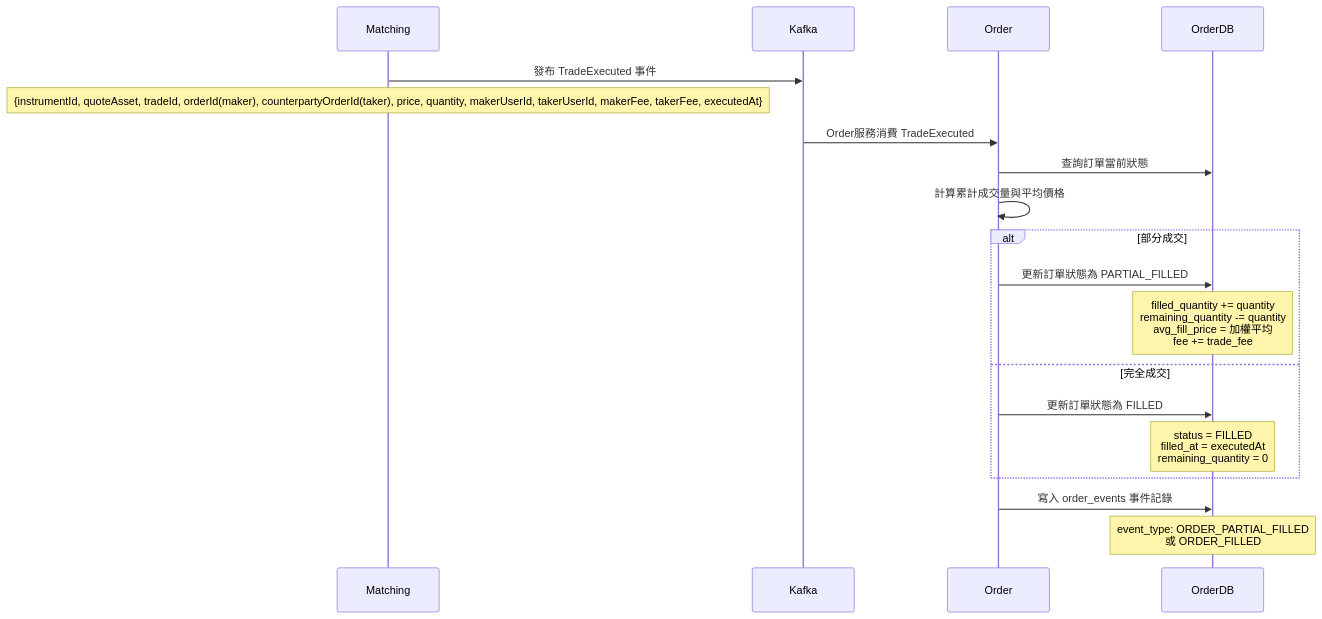
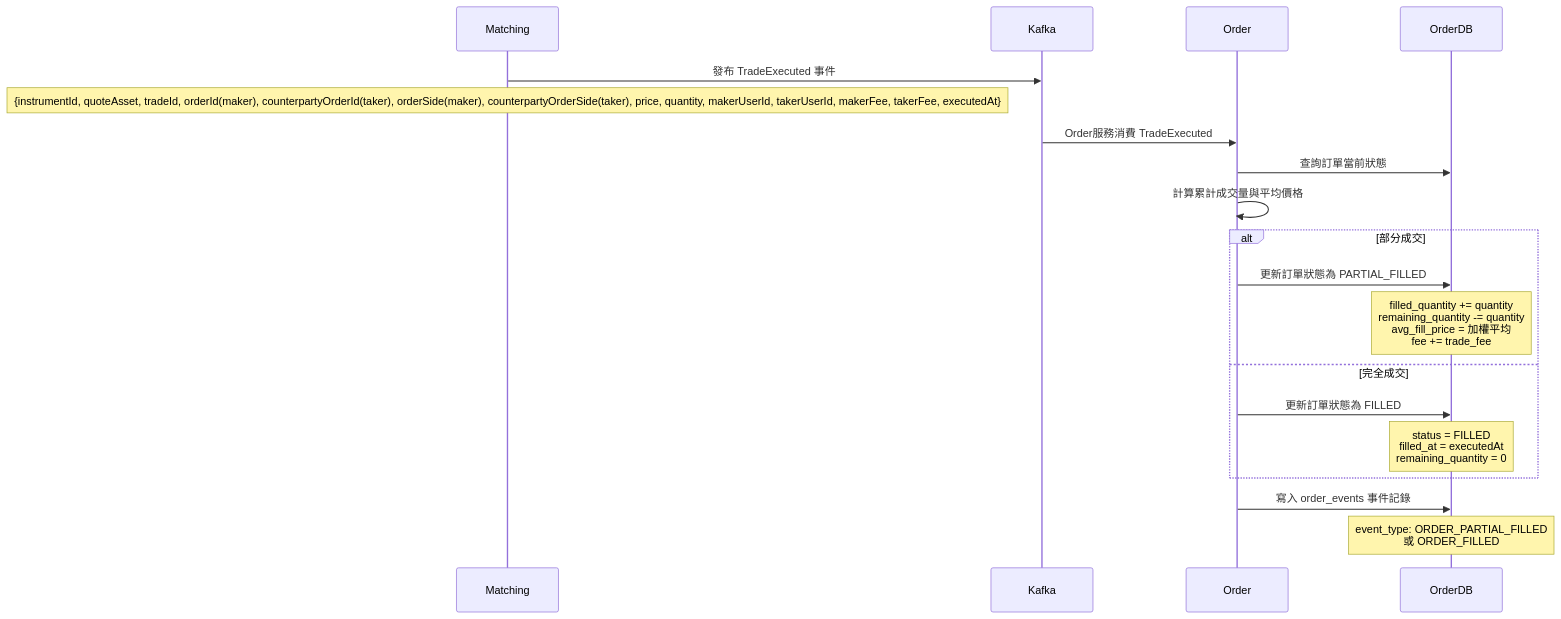
The fourth of 5 diagrams in design/exchange/整體設計.md (vincentf13/open.vincentf13), drawn with Mermaid before and after one commit. The commit also changed other lines of this file and 1 other file, not shown here.

````diff
--- a/design/exchange/整體設計.md
+++ b/design/exchange/整體設計.md
@@ -1091,25 +1091,25 @@
 ```mermaid
 sequenceDiagram
     participant Matching
     participant Kafka
     participant Order
     participant OrderDB
 
     Matching->>Kafka: 發布 TradeExecuted 事件
-    Note over Matching: {instrumentId, quoteAsset, tradeId, orderId(maker), counterpartyOrderId(taker), price, quantity, makerUserId, takerUserId, makerFee, takerFee, executedAt}
+    Note over Matching: {instrumentId, quoteAsset, tradeId, orderId(maker), counterpartyOrderId(taker), orderSide(maker), counterpartyOrderSide(taker), price, quantity, makerUserId, takerUserId, makerFee, takerFee, executedAt}
 
     Kafka->>Order: Order服務消費 TradeExecuted
     Order->>OrderDB: 查詢訂單當前狀態
     Order->>Order: 計算累計成交量與平均價格
 
     alt 部分成交
         Order->>OrderDB: 更新訂單狀態為 PARTIAL_FILLED
         Note over OrderDB: filled_quantity += quantity<br/>remaining_quantity -= quantity<br/>avg_fill_price = 加權平均<br/>fee += trade_fee
     else 完全成交
         Order->>OrderDB: 更新訂單狀態為 FILLED
         Note over OrderDB: status = FILLED<br/>filled_at = executedAt<br/>remaining_quantity = 0
     end
 
     Order->>OrderDB: 寫入 order_events 事件記錄
     Note over OrderDB: event_type: ORDER_PARTIAL_FILLED<br/>或 ORDER_FILLED
 ```
````
